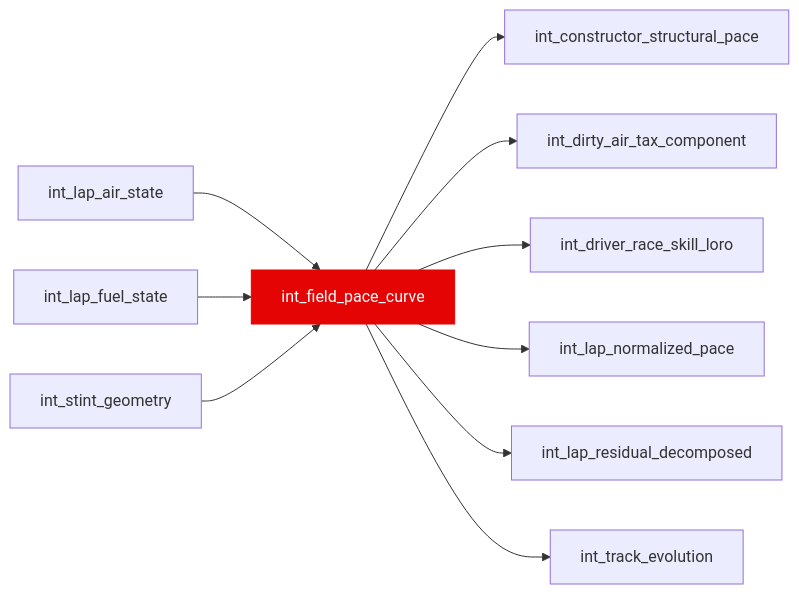
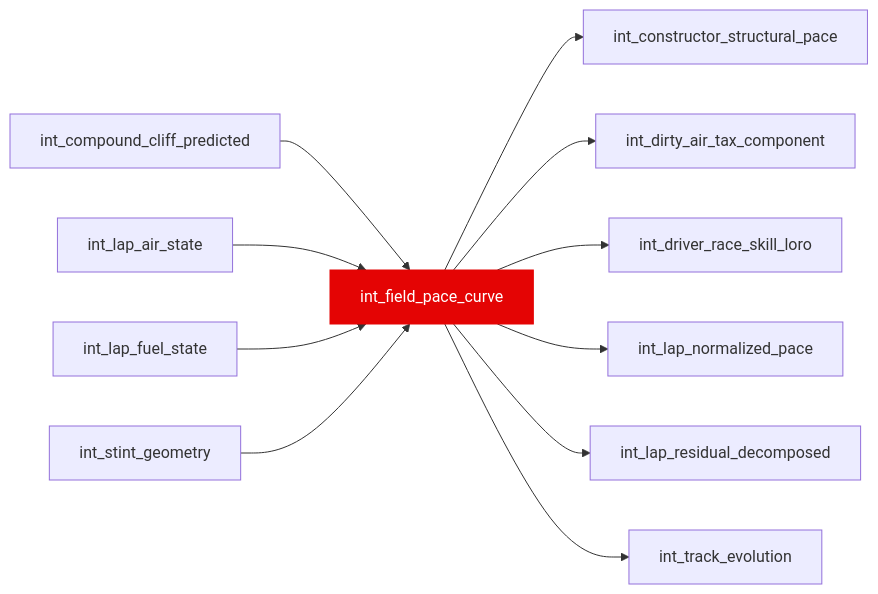
Before and after one commit to JustinClarke/off-the-pace: the diagram in docs/reference/models/int/int_field_pace_curve.mdx, drawn with Mermaid. The commit also changed other lines of this file and 79 other files, not shown here.

````diff
--- a/docs/reference/models/int/int_field_pace_curve.mdx
+++ b/docs/reference/models/int/int_field_pace_curve.mdx
@@ -15,13 +15,14 @@
 ```mermaid
 flowchart LR
+  int_compound_cliff_predicted --> int_field_pace_curve
   int_lap_air_state --> int_field_pace_curve
   int_lap_fuel_state --> int_field_pace_curve
   int_stint_geometry --> int_field_pace_curve
   int_field_pace_curve --> int_constructor_structural_pace
   int_field_pace_curve --> int_dirty_air_tax_component
   int_field_pace_curve --> int_driver_race_skill_loro
   int_field_pace_curve --> int_lap_normalized_pace
   int_field_pace_curve --> int_lap_residual_decomposed
   int_field_pace_curve --> int_track_evolution
   style int_field_pace_curve fill:#e40404,stroke:#e40404,color:#fff
 ```
````
